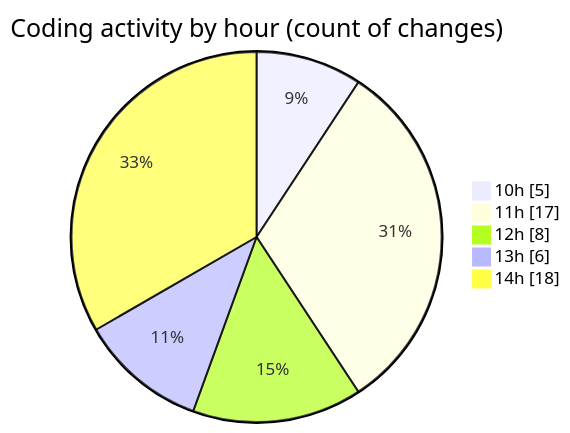
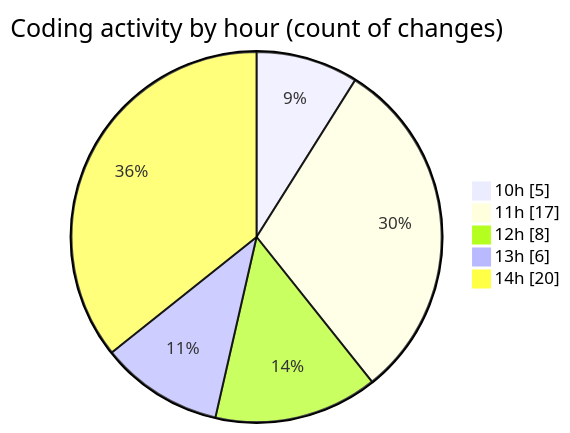
Before and after one commit to CELIANVF/code-tracking: the second of 2 diagrams in 2025-05-05/ecodeli/README.md, drawn with Mermaid. The commit also changed other lines of this file and 1 other file, not shown here.

````diff
--- a/2025-05-05/ecodeli/README.md
+++ b/2025-05-05/ecodeli/README.md
@@ -57,9 +57,9 @@
 ```mermaid
 pie showData
 title Coding activity by hour (count of changes)
 "10h" : 5
 "11h" : 17
 "12h" : 8
 "13h" : 6
-"14h" : 18
+"14h" : 20
 ```
````
